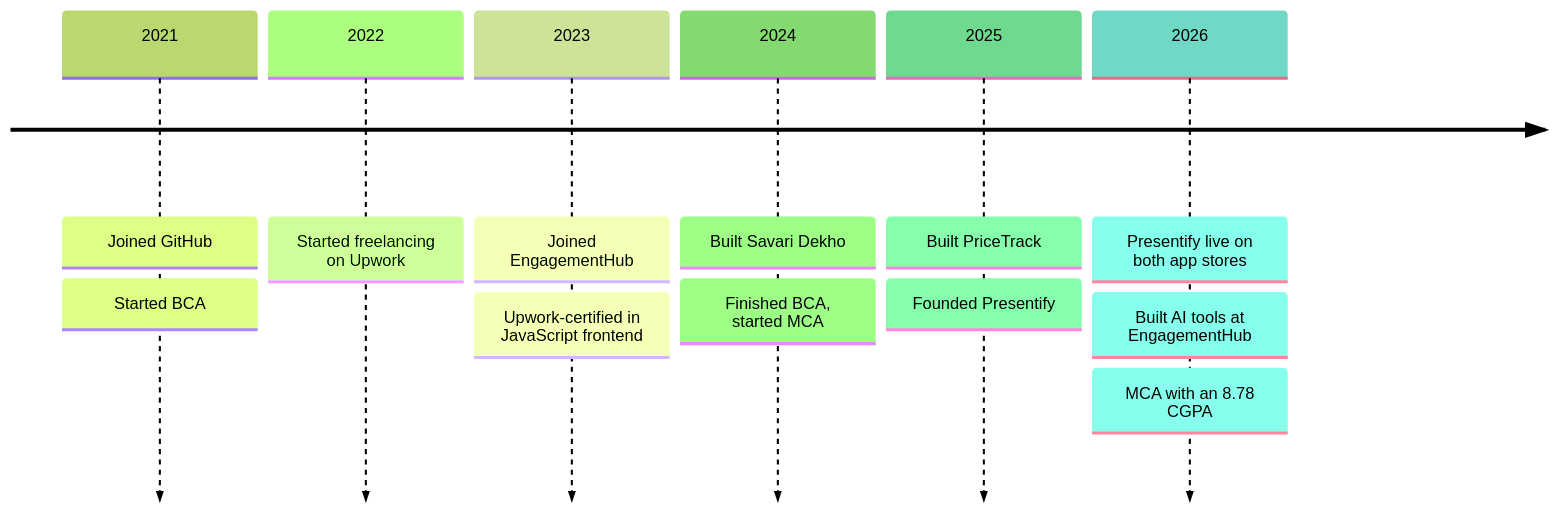
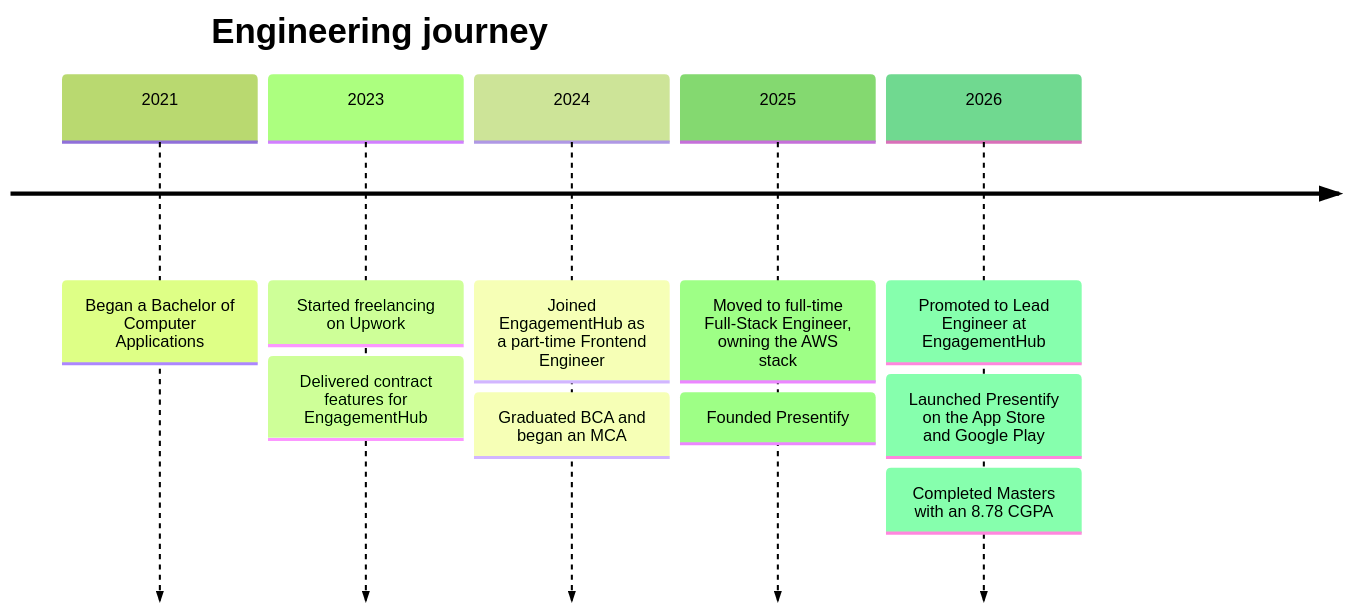
The diagram in README.md (MrJ-2k04/MrJ-2k04), drawn with Mermaid (forest theme) before and after one commit. The commit also changed other lines of this file and 21 other files, not shown here.

````diff
--- a/README.md
+++ b/README.md
@@ -113,15 +205,14 @@
 ```mermaid
 timeline
-    2021 : Joined GitHub
-         : Started BCA
-    2022 : Started freelancing on Upwork
-    2023 : Joined EngagementHub
-         : Upwork-certified in JavaScript frontend
-    2024 : Built Savari Dekho
-         : Finished BCA, started MCA
-    2025 : Built PriceTrack
+    title Engineering journey
+    2021 : Began a Bachelor of Computer Applications
+    2023 : Started freelancing on Upwork
+         : Delivered contract features for EngagementHub
+    2024 : Joined EngagementHub as a part-time Frontend Engineer
+         : Graduated BCA and began an MCA
+    2025 : Moved to full-time Full-Stack Engineer, owning the AWS stack
          : Founded Presentify
-    2026 : Presentify live on both app stores
-         : Built AI tools at EngagementHub
-         : MCA with an 8.78 CGPA
+    2026 : Promoted to Lead Engineer at EngagementHub
+         : Launched Presentify on the App Store and Google Play
+         : Completed Masters with an 8.78 CGPA
 ```
````
